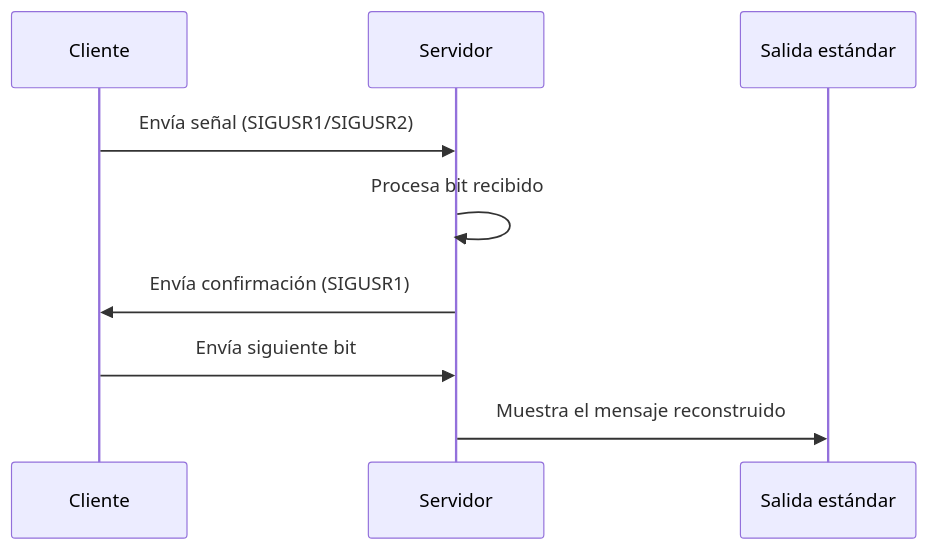
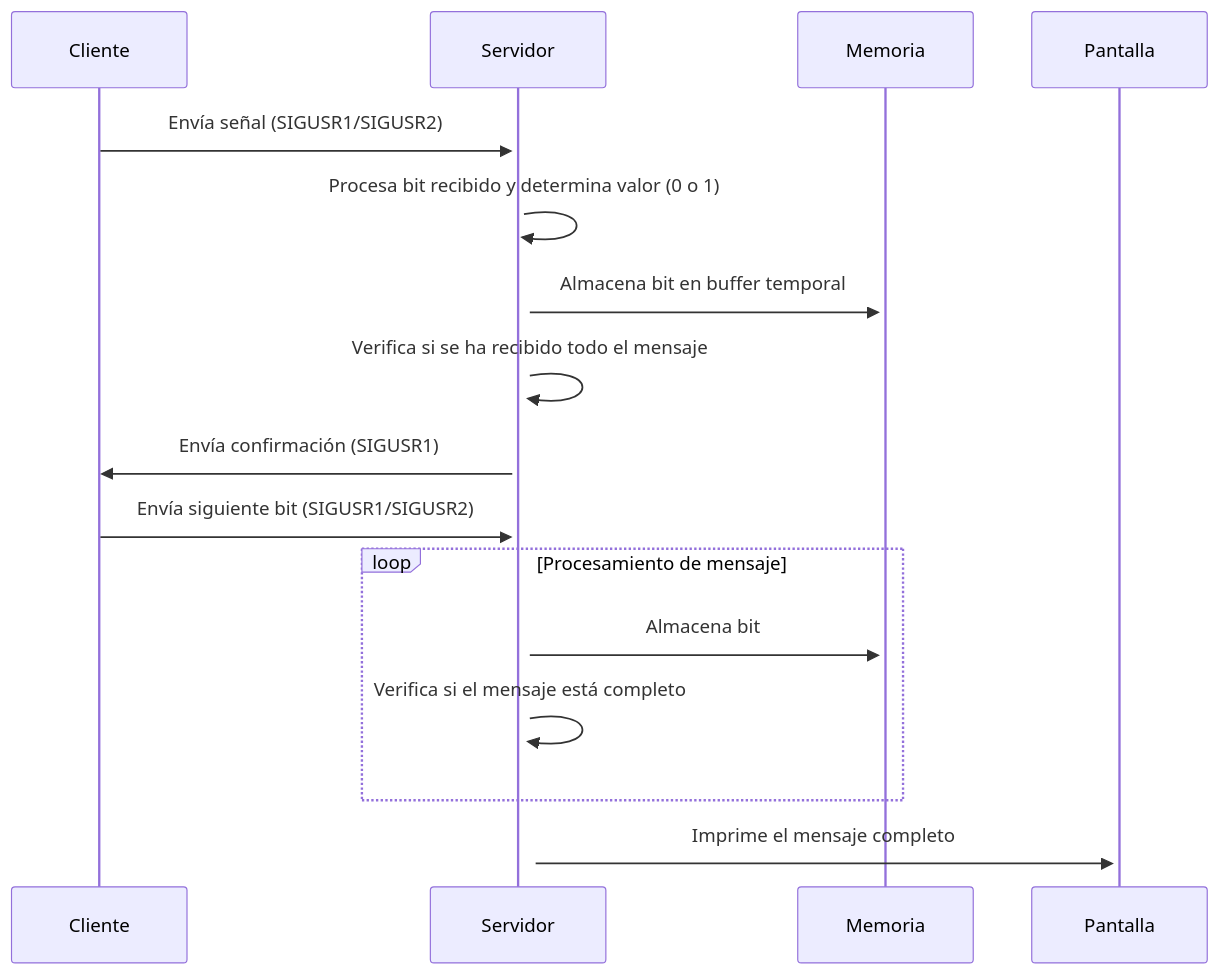
One commit to AdrianPMiro/minitalk_42 changed the diagram in README.md. Above: the diagram before and after it, drawn with Mermaid.

````diff
--- a/README.md
+++ b/README.md
@@ -68,8 +68,15 @@
 ```mermaid
 sequenceDiagram
-    Cliente->>Servidor: Envía señal (SIGUSR1/SIGUSR2)
-    Servidor->>Servidor: Procesa bit recibido
+    Cliente->>+Servidor: Envía señal (SIGUSR1/SIGUSR2)
+    Servidor->>+Servidor: Procesa bit recibido y determina valor (0 o 1)
+    Servidor->>+Memoria: Almacena bit en buffer temporal
+    Servidor->>Servidor: Verifica si se ha recibido todo el mensaje
     Servidor->>Cliente: Envía confirmación (SIGUSR1)
-    Cliente->>Servidor: Envía siguiente bit
-    Servidor->>Salida estándar: Muestra el mensaje reconstruido
+    Cliente->>Servidor: Envía siguiente bit (SIGUSR1/SIGUSR2)
+    loop Procesamiento de mensaje
+        Servidor->>Memoria: Almacena bit
+        Servidor->>+Servidor: Verifica si el mensaje está completo
+    end
+    Servidor->>+Pantalla: Imprime el mensaje completo
+
 ```
````
